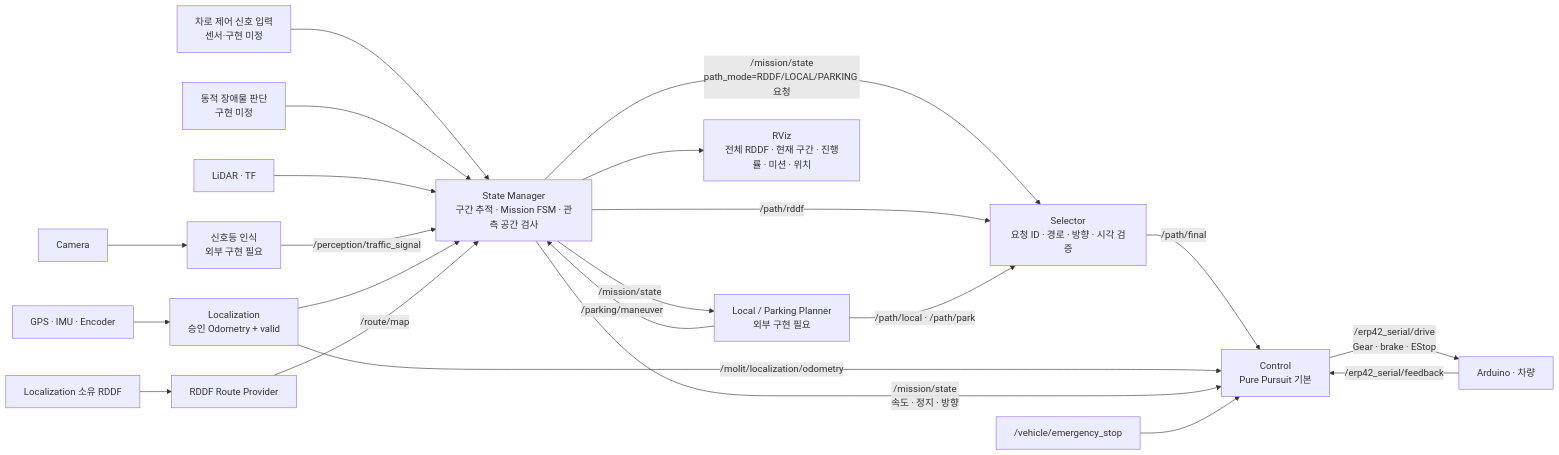
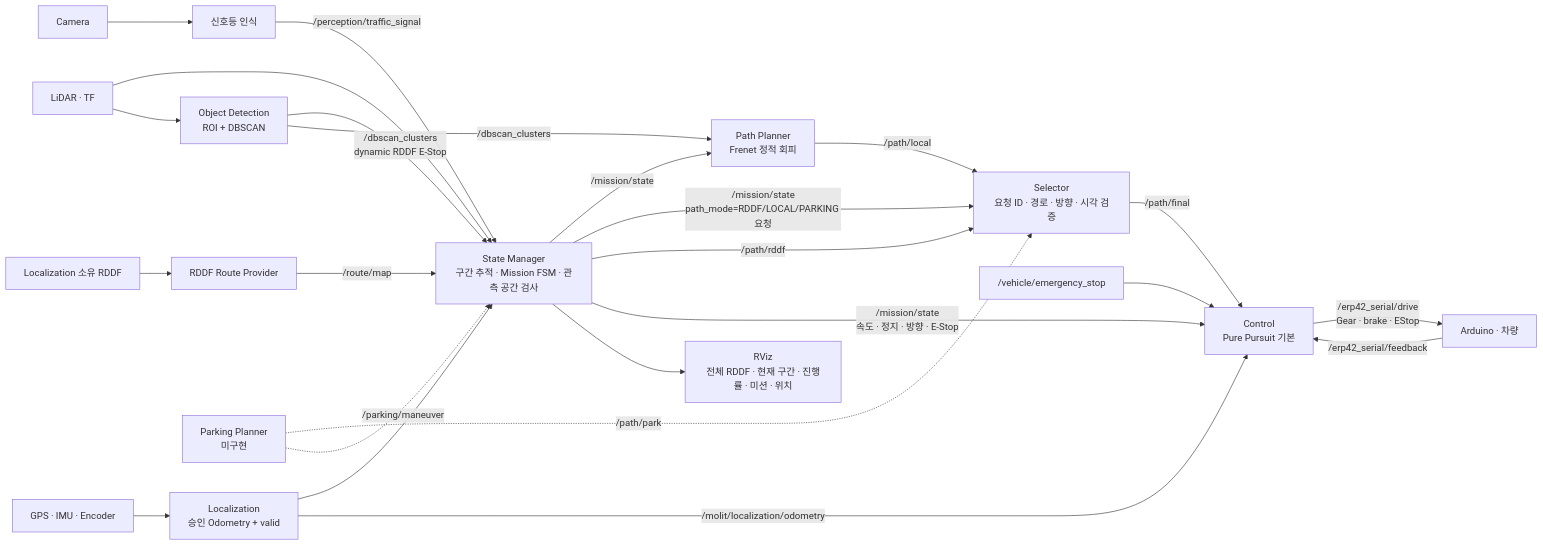
The diagram in README.md (Team-Stier/HL-FMA-1-5-2026), drawn with Mermaid before and after one commit. The commit also changed other lines of this file and 13 other files, not shown here.

Commit message:
feat: stop for dynamic obstacles on RDDF

````diff
--- a/README.md
+++ b/README.md
@@ -205,24 +205,26 @@
 ```mermaid
 flowchart LR
     GPS["GPS · IMU · Encoder"] --> LOC["Localization<br/>승인 Odometry + valid"]
-    CAM["Camera"] --> TRAFFIC["신호등 인식<br/>외부 구현 필요"]
-    LANE["차로 제어 신호 입력<br/>센서·구현 미정"] --> SM
-    DYNAMIC["동적 장애물 판단<br/>구현 미정"] --> SM
+    CAM["Camera"] --> TRAFFIC["신호등 인식"]
     LIDAR["LiDAR · TF"] --> SM
+    LIDAR --> OBJECTS["Object Detection<br/>ROI + DBSCAN"]
+    OBJECTS -->|"/dbscan_clusters<br/>dynamic RDDF E-Stop"| SM
+    OBJECTS -->|"/dbscan_clusters"| LOCAL["Path Planner<br/>Frenet 정적 회피"]
     TRAFFIC -->|"/perception/traffic_signal"| SM
     LOC --> SM
     RDDF["Localization 소유 RDDF"] --> PROVIDER["RDDF Route Provider"]
     PROVIDER -->|"/route/map"| SM["State Manager<br/>구간 추적 · Mission FSM · 관측 공간 검사"]
-    SM -->|"/mission/state"| LOCAL["Local / Parking Planner<br/>외부 구현 필요"]
+    SM -->|"/mission/state"| LOCAL
     SM -->|"/mission/state<br/>path_mode=RDDF/LOCAL/PARKING 요청"| SELECTOR["Selector<br/>요청 ID · 경로 · 방향 · 시각 검증"]
     SM -->|"/path/rddf"| SELECTOR
-    LOCAL -->|"/path/local · /path/park"| SELECTOR
-    LOCAL -->|"/parking/maneuver"| SM
+    LOCAL -->|"/path/local"| SELECTOR
+    PARKING["Parking Planner<br/>미구현"] -.->|"/path/park"| SELECTOR
+    PARKING -.->|"/parking/maneuver"| SM
     SELECTOR -->|"/path/final"| CONTROL["Control<br/>Pure Pursuit 기본"]
     LOC -->|"/molit/localization/odometry"| CONTROL
-    SM -->|"/mission/state<br/>속도 · 정지 · 방향"| CONTROL
+    SM -->|"/mission/state<br/>속도 · 정지 · 방향 · E-Stop"| CONTROL
     ESTOP["/vehicle/emergency_stop"] --> CONTROL
     CONTROL -->|"/erp42_serial/drive<br/>Gear · brake · EStop"| VEHICLE["Arduino · 차량"]
     VEHICLE -->|"/erp42_serial/feedback"| CONTROL
     SM --> RVIZ["RViz<br/>전체 RDDF · 현재 구간 · 진행률 · 미션 · 위치"]
 ```
````
